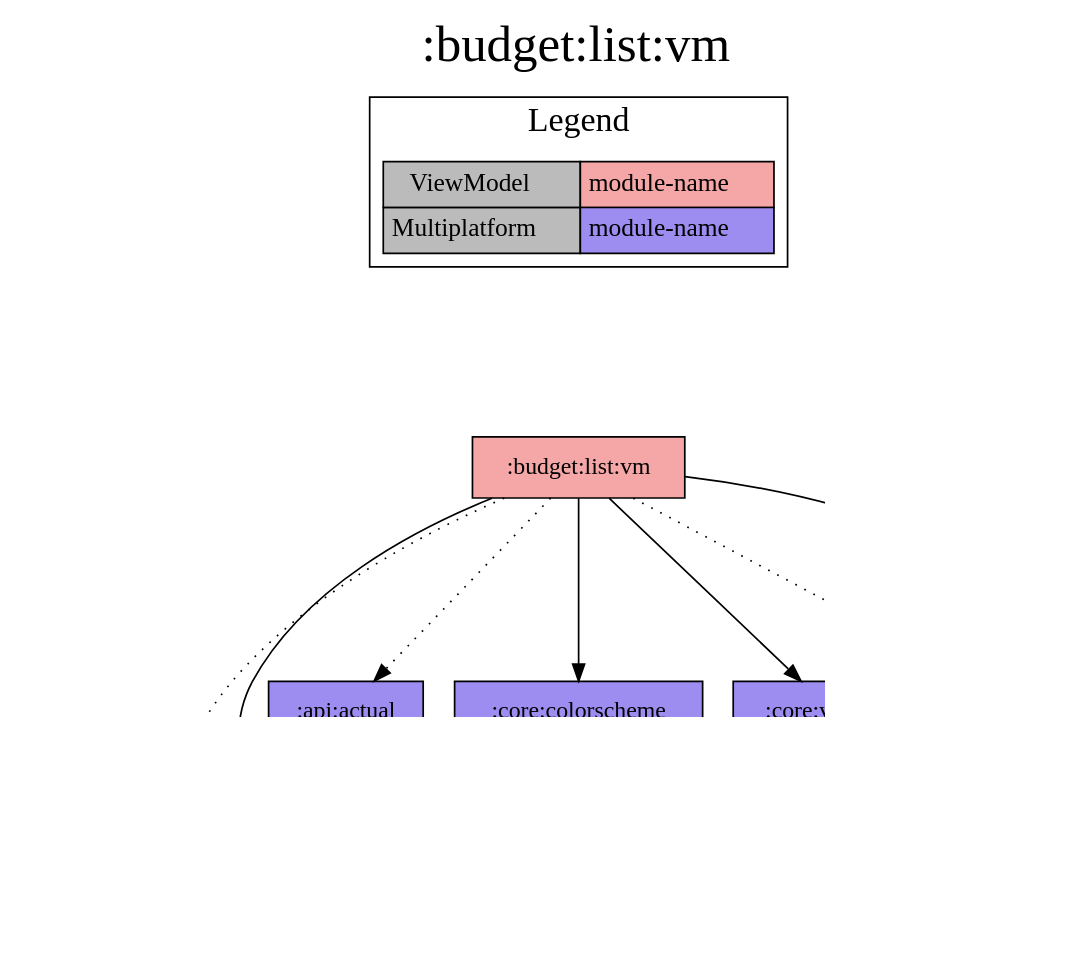
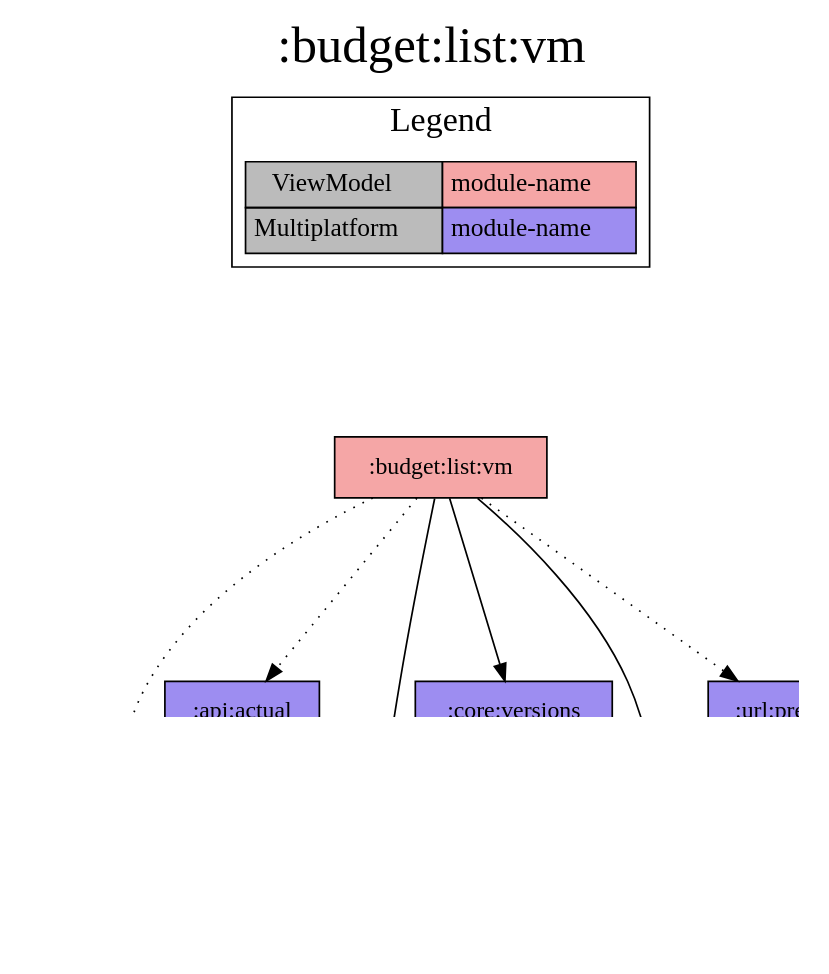
Before and after one commit to jonapoul/aktual: the diagram in modules/budget/list/vm/project-dependency-graph.dot, drawn with Graphviz. The commit also changed 35 other files, not shown here.

```diff
--- a/modules/budget/list/vm/project-dependency-graph.dot
+++ b/modules/budget/list/vm/project-dependency-graph.dot
@@ -1,38 +1,36 @@
 digraph {
 edge ["dir"="forward"]
 graph ["dpi"="100","label"=":budget:list:vm","labelloc"="t","fontsize"="30","ranksep"="1.5","rankdir"="TB"]
 node ["style"="filled"]
 ":account:model" ["fillcolor"="#9D8DF1","shape"="box"]
 ":api:actual" ["fillcolor"="#9D8DF1","shape"="box"]
 ":budget:list:vm" ["fillcolor"="#F5A6A6","shape"="box"]
 ":budget:model" ["fillcolor"="#9D8DF1","shape"="box"]
-":core:colorscheme" ["fillcolor"="#9D8DF1","shape"="box"]
 ":core:versions" ["fillcolor"="#9D8DF1","shape"="box"]
 ":url:model" ["fillcolor"="#9D8DF1","shape"="box"]
 ":url:prefs" ["fillcolor"="#9D8DF1","shape"="box"]
 {
 edge ["dir"="none"]
 graph ["rank"="same"]
 }
 ":api:actual" -> ":account:model"
 ":api:actual" -> ":budget:model"
 ":api:actual" -> ":url:model"
 ":budget:list:vm" -> ":account:model" ["style"="dotted"]
 ":budget:list:vm" -> ":api:actual" ["style"="dotted"]
 ":budget:list:vm" -> ":budget:model"
-":budget:list:vm" -> ":core:colorscheme"
 ":budget:list:vm" -> ":core:versions"
 ":budget:list:vm" -> ":url:model"
 ":budget:list:vm" -> ":url:prefs" ["style"="dotted"]
 ":url:prefs" -> ":url:model"
 subgraph "cluster_legend" {
 edge ["dir"="none"]
 graph ["label"="Legend","fontsize"="20"]
 "Legend" ["style"="filled","fillcolor"="#bbbbbb","shape"="none","margin"="0","fontsize"="15","label"=<
 <TABLE BORDER="0" CELLBORDER="1" CELLSPACING="0" CELLPADDING="4">
 <TR><TD>ViewModel</TD><TD BGCOLOR="#F5A6A6">module-name</TD></TR>
 <TR><TD>Multiplatform</TD><TD BGCOLOR="#9D8DF1">module-name</TD></TR>
 </TABLE>
 >]
 } -> ":budget:list:vm" ["style"="invis"]
 }
```
